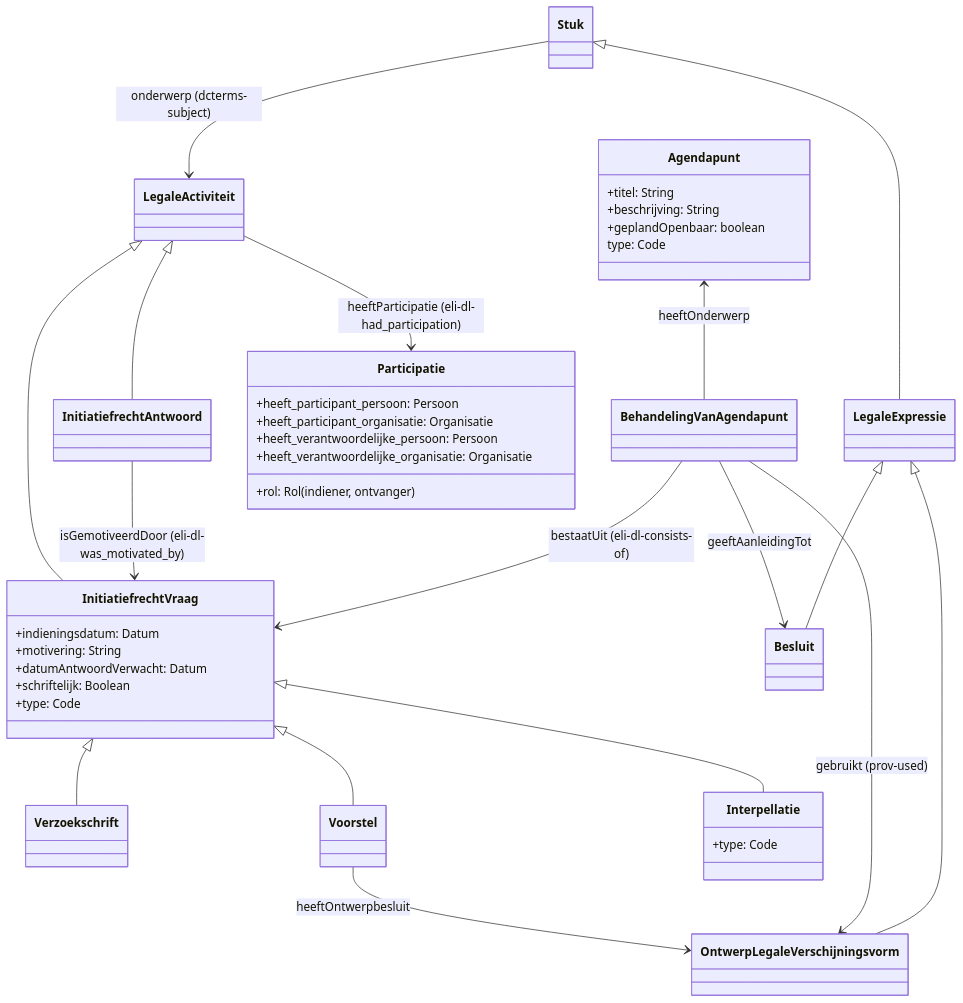
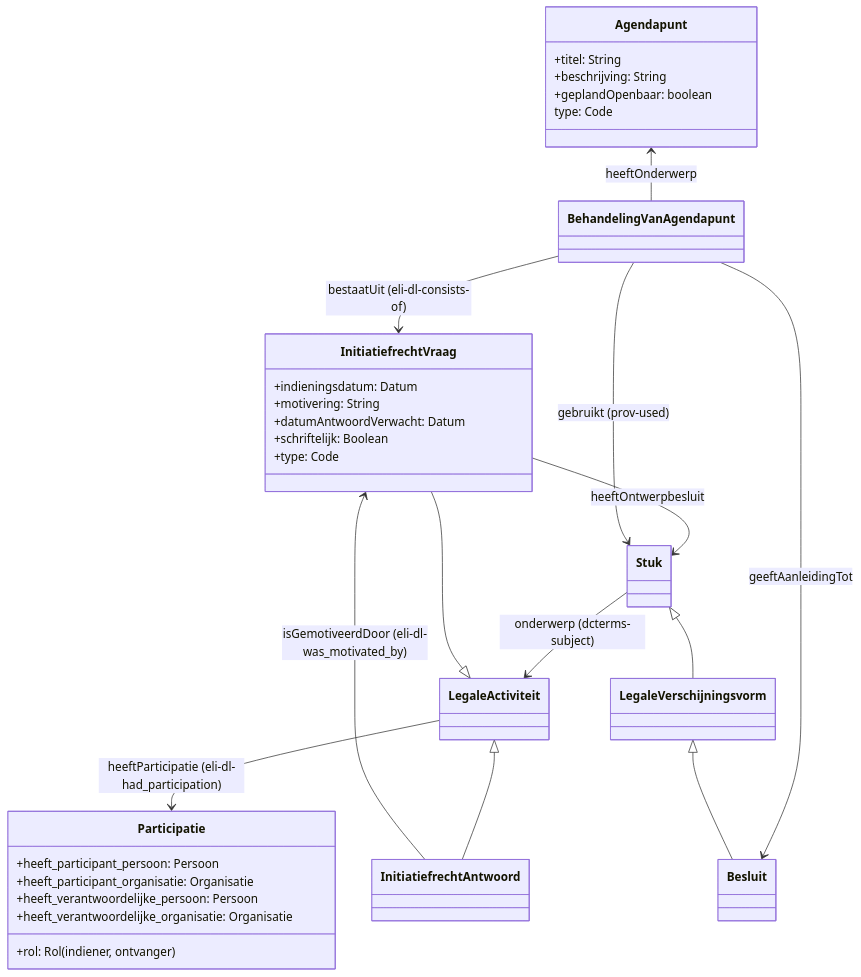
Before and after one commit to Informatievlaanderen/OSLOthema-slimmeRaadpleegOmgeving: diagram 13 of 13 in README.md, drawn with Mermaid.

Commit message:
Update initiatiefrecht
remove subclasses
ontwerpbesluit als stuk

````diff
--- a/README.md
+++ b/README.md
@@ -508,47 +508,38 @@
 ```mermaid
 classDiagram
     Agendapunt <-- BehandelingVanAgendapunt: heeftOnderwerp
     LegaleActiviteit <|-- InitiatiefrechtVraag
     LegaleActiviteit <|-- InitiatiefrechtAntwoord
     InitiatiefrechtAntwoord --> InitiatiefrechtVraag : isGemotiveerdDoor (eli-dl-was_motivated_by)
     BehandelingVanAgendapunt --> InitiatiefrechtVraag: bestaatUit (eli-dl-consists-of)
-    InitiatiefrechtVraag <|-- Verzoekschrift
-    InitiatiefrechtVraag <|-- Voorstel
-    InitiatiefrechtVraag <|-- Interpellatie
 
     Stuk --> LegaleActiviteit: onderwerp (dcterms-subject)
 
-    Voorstel --> OntwerpLegaleVerschijningsvorm: heeftOntwerpbesluit
+    InitiatiefrechtVraag --> Stuk: heeftOntwerpbesluit
     LegaleActiviteit --> Participatie: heeftParticipatie (eli-dl-had_participation)
-    BehandelingVanAgendapunt --> OntwerpLegaleVerschijningsvorm: gebruikt (prov-used)
+    BehandelingVanAgendapunt --> Stuk: gebruikt (prov-used)
     BehandelingVanAgendapunt --> Besluit: geeftAanleidingTot
-    Stuk <|-- LegaleExpressie
-    LegaleExpressie <|-- Besluit
-    LegaleExpressie <|-- OntwerpLegaleVerschijningsvorm
+    Stuk <|-- LegaleVerschijningsvorm
+    LegaleVerschijningsvorm <|-- Besluit
 
     class Agendapunt {
       +titel: String
       +beschrijving: String
       +geplandOpenbaar: boolean
       type: Code
     }
     class InitiatiefrechtVraag {
       +indieningsdatum: Datum
       +motivering: String
       +datumAntwoordVerwacht: Datum
       +schriftelijk: Boolean
       +type: Code
     }
     class Participatie {
       +heeft_participant_persoon: Persoon
       +heeft_participant_organisatie: Organisatie
       +rol: Rol (indiener, ontvanger)
       +heeft_verantwoordelijke_persoon: Persoon
      +heeft_verantwoordelijke_organisatie: Organisatie
     }
-
-    class Interpellatie {
-      +type: Code
-    }
-
 ```
````
